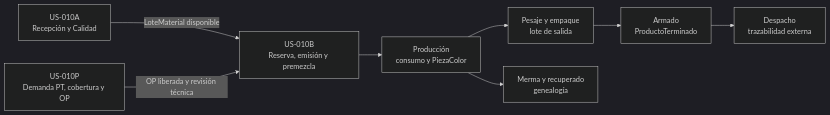
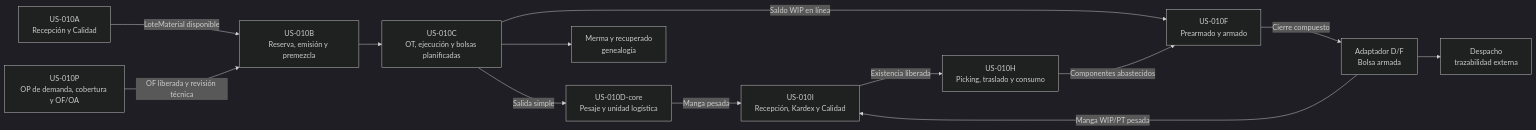
One commit to estebanSulcaInfante/envaperu-workspace changed the diagram in obsidian_vault/03_Frontend/Vistas/SCM/SCM_Frontend_Overview_US-010.md. Above: the diagram before and after it, drawn with Mermaid (dark theme). The commit also changed other lines of this file and 233 other files, not shown here.

````diff
--- a/obsidian_vault/03_Frontend/Vistas/SCM/SCM_Frontend_Overview_US-010.md
+++ b/obsidian_vault/03_Frontend/Vistas/SCM/SCM_Frontend_Overview_US-010.md
@@ -24,10 +35,15 @@
 ```mermaid
 flowchart LR
     A["US-010A<br/>Recepción y Calidad"] -->|"LoteMaterial disponible"| B["US-010B<br/>Reserva, emisión y premezcla"]
-    P["US-010P<br/>Demanda PT, cobertura y OP"] -->|"OP liberada y revisión técnica"| B
-    B --> C["Producción<br/>consumo y PiezaColor"]
-    C --> D["Pesaje y empaque<br/>lote de salida"]
+    P["US-010P<br/>OP de demanda, cobertura y OF/OA"] -->|"OF liberada y revisión técnica"| B
+    B --> C["US-010C<br/>OT, ejecución y bolsas planificadas"]
+    C -->|"Salida simple"| D["US-010D-core<br/>Pesaje y unidad logística"]
+    C -->|"Saldo WIP en línea"| F["US-010F<br/>Prearmado y armado"]
+    D -->|"Manga pesada"| I["US-010I<br/>Recepción, Kardex y Calidad"]
+    I -->|"Existencia liberada"| H["US-010H<br/>Picking, traslado y consumo"]
+    H -->|"Componentes abastecidos"| F
+    F -->|"Cierre compuesto"| DF["Adaptador D/F<br/>Bolsa armada"]
+    DF -->|"Manga WIP/PT pesada"| I
     C --> E["Merma y recuperado<br/>genealogía"]
-    D --> F["Armado<br/>ProductoTerminado"]
-    F --> G["Despacho<br/>trazabilidad externa"]
+    DF --> G["Despacho<br/>trazabilidad externa"]
 ```
````
